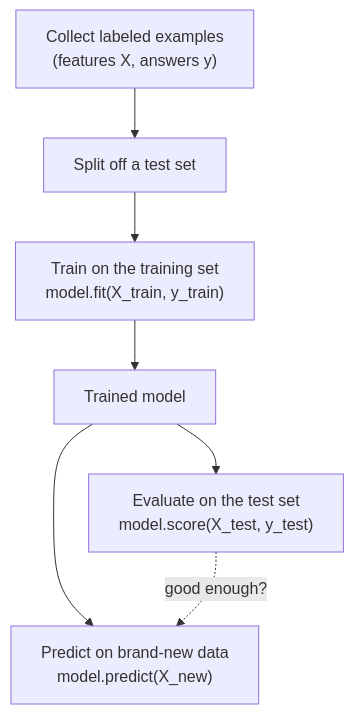
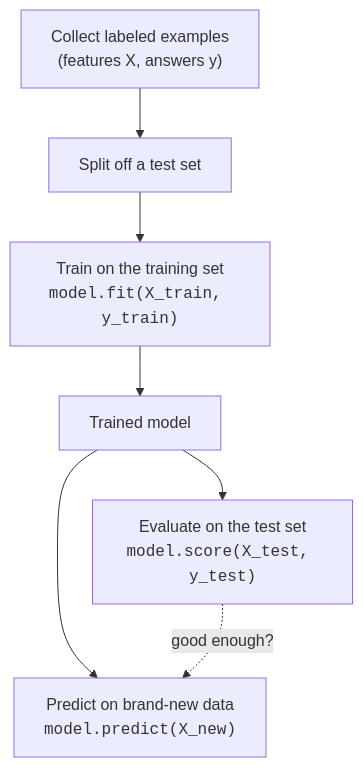
One commit to dataslope/dataslope changed the fifth of 5 diagrams in content/learn/machine-learning-scikit-learn/what-is-machine-learning.mdx. Above: the diagram before and after it, drawn with Mermaid. The commit also changed 218 other files, not shown here.

First line of the commit message:
Render code-only mermaid shapes in monospace; convert step sequences to Steps (#467)

````diff
--- a/content/learn/machine-learning-scikit-learn/what-is-machine-learning.mdx
+++ b/content/learn/machine-learning-scikit-learn/what-is-machine-learning.mdx
@@ -251,9 +251,9 @@
 ```mermaid
 flowchart TD
     A["Collect labeled examples<br/>(features X, answers y)"] --> B["Split off a test set"]
-    B --> C["Train on the training set<br/>model.fit(X_train, y_train)"]
+    B --> C["Train on the training set<br/><code>model.fit(X_train, y_train)</code>"]
     C --> D["Trained model"]
-    D --> E["Evaluate on the test set<br/>model.score(X_test, y_test)"]
-    D --> F["Predict on brand-new data<br/>model.predict(X_new)"]
+    D --> E["Evaluate on the test set<br/><code>model.score(X_test, y_test)</code>"]
+    D --> F["Predict on brand-new data<br/><code>model.predict(X_new)</code>"]
     E -. "good enough?" .-> F
 ```
````
